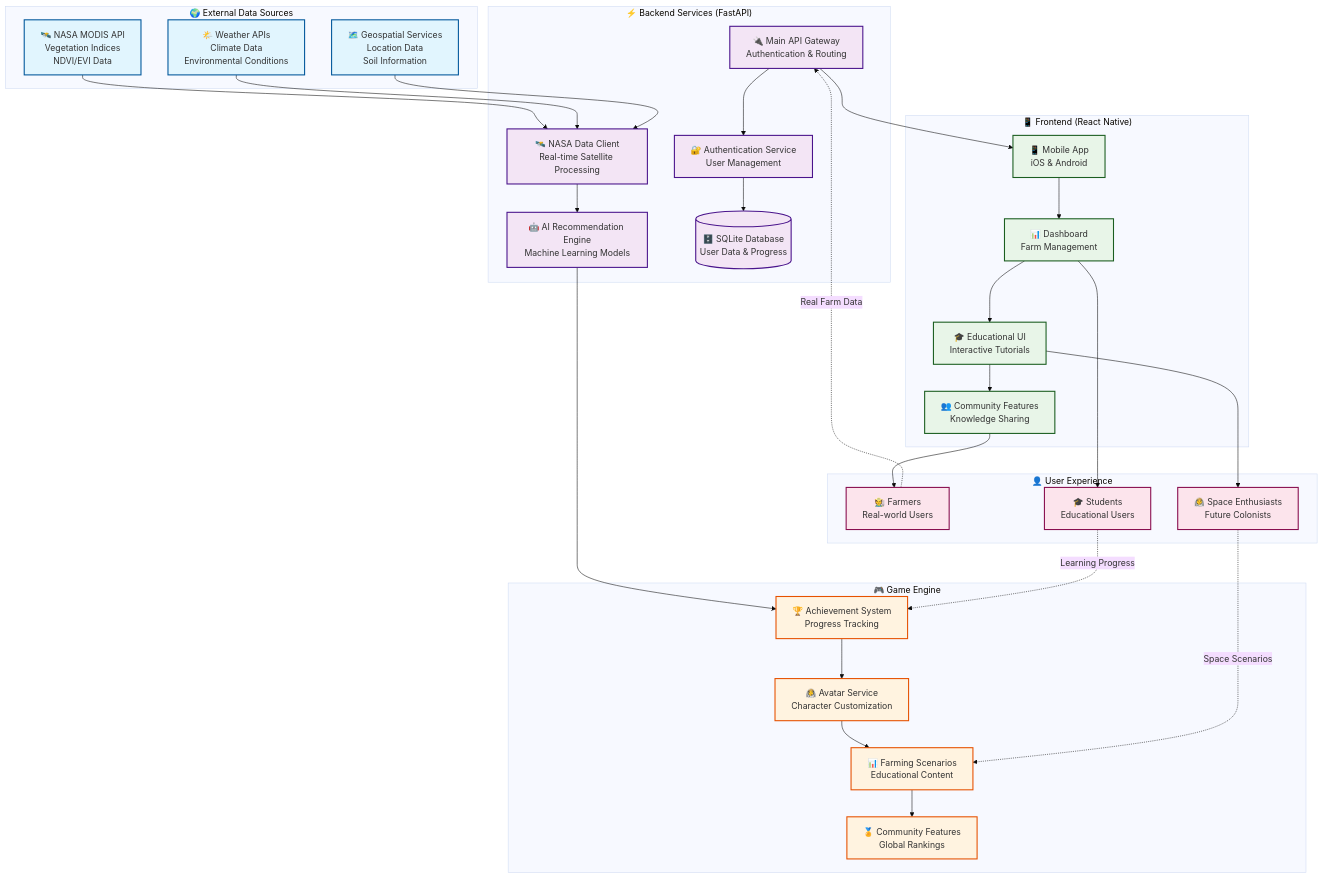
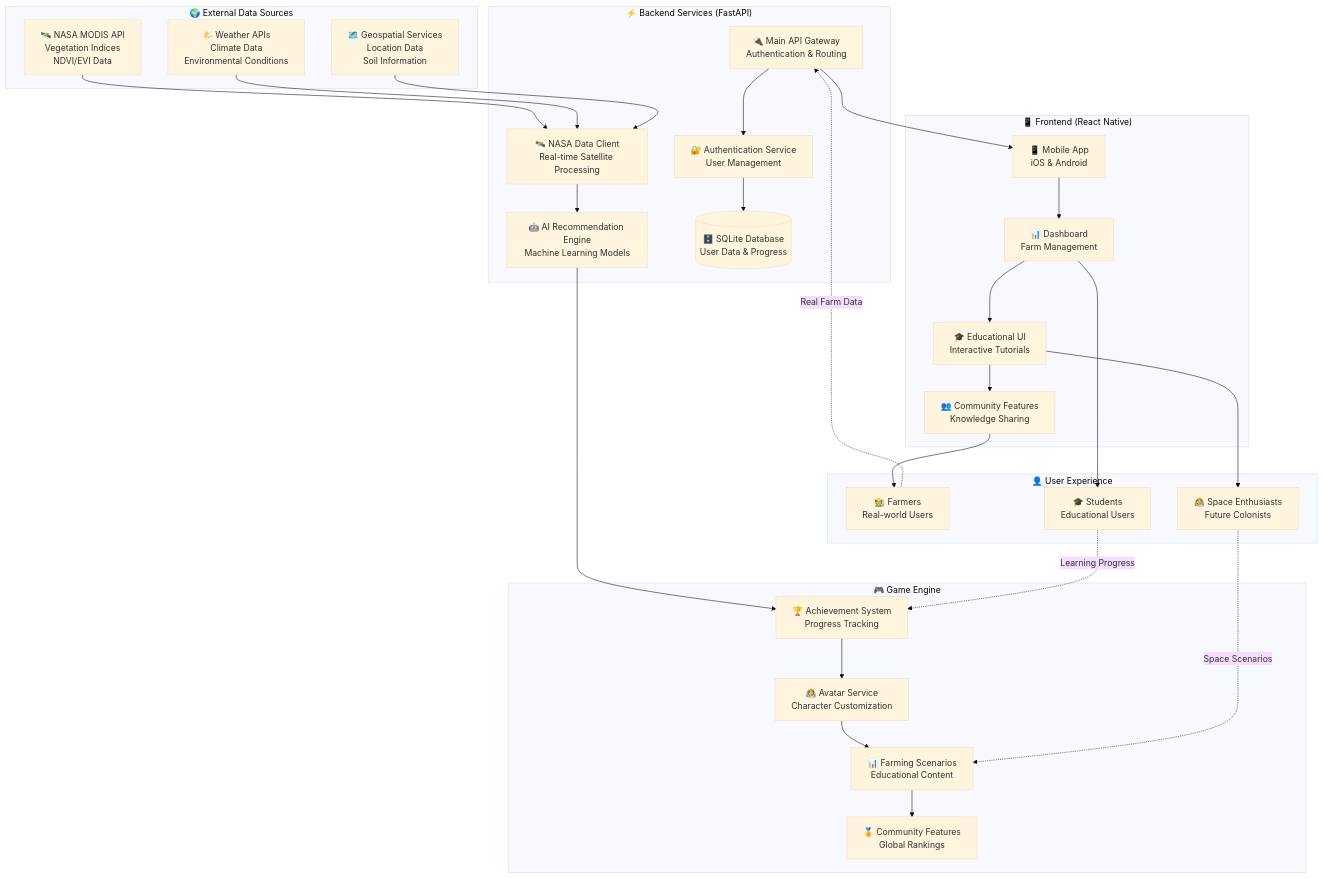
One commit to anshc022/NASA changed the first of 3 diagrams in README.md. Above: the diagram before and after it, drawn with Mermaid (base theme). The commit also changed other lines of this file, not shown here.

Commit message:
Simplify Mermaid diagrams - Remove color styling
 Removed complex color coding from flowcharts
 Cleaner, simpler diagram presentation
 Focus on functionality over visual styling
 Better compatibility across different platforms

````diff
--- a/README.md
+++ b/README.md
@@ -51,77 +51,66 @@
 ```mermaid
 graph TB
     subgraph "🌍 External Data Sources"
         NASA[🛰️ NASA MODIS API<br/>Vegetation Indices<br/>NDVI/EVI Data]
         Weather[🌤️ Weather APIs<br/>Climate Data<br/>Environmental Conditions]
         Geo[🗺️ Geospatial Services<br/>Location Data<br/>Soil Information]
     end
 
     subgraph "⚡ Backend Services (FastAPI)"
         API[🔌 Main API Gateway<br/>Authentication & Routing]
         NASA_Client[🛰️ NASA Data Client<br/>Real-time Satellite Processing]
         AI_Engine[🤖 AI Recommendation Engine<br/>Machine Learning Models]
         Auth[🔐 Authentication Service<br/>User Management]
         DB[(🗄️ SQLite Database<br/>User Data & Progress)]
     end
 
     subgraph "🎮 Game Engine"
         Achievement[🏆 Achievement System<br/>Progress Tracking]
         Avatar[👨‍🚀 Avatar Service<br/>Character Customization]
         Scenarios[📊 Farming Scenarios<br/>Educational Content]
         Leaderboard[🏅 Community Features<br/>Global Rankings]
     end
 
     subgraph "📱 Frontend (React Native)"
         Mobile[📱 Mobile App<br/>iOS & Android]
         Dashboard[📊 Dashboard<br/>Farm Management]
         Learning[🎓 Educational UI<br/>Interactive Tutorials]
         Social[👥 Community Features<br/>Knowledge Sharing]
     end
 
     subgraph "👤 User Experience"
         Farmer[🧑‍🌾 Farmers<br/>Real-world Users]
         Student[🎓 Students<br/>Educational Users]
         Astronaut[👨‍🚀 Space Enthusiasts<br/>Future Colonists]
     end
 
     %% Data Flow Connections
     NASA --> NASA_Client
     Weather --> NASA_Client
     Geo --> NASA_Client
 
     NASA_Client --> AI_Engine
     AI_Engine --> Achievement
     API --> Auth
     Auth --> DB
     
     Achievement --> Avatar
     Avatar --> Scenarios
     Scenarios --> Leaderboard
 
     API --> Mobile
     Mobile --> Dashboard
     Dashboard --> Learning
     Learning --> Social
 
     Social --> Farmer
     Dashboard --> Student
     Learning --> Astronaut
 
     %% Feedback Loop
     Farmer -.->|Real Farm Data| API
     Student -.->|Learning Progress| Achievement
     Astronaut -.->|Space Scenarios| Scenarios
 
-    %% Styling
-    classDef external fill:#e1f5fe,stroke:#01579b,stroke-width:2px
-    classDef backend fill:#f3e5f5,stroke:#4a148c,stroke-width:2px
-    classDef game fill:#fff3e0,stroke:#e65100,stroke-width:2px
-    classDef frontend fill:#e8f5e8,stroke:#1b5e20,stroke-width:2px
-    classDef user fill:#fce4ec,stroke:#880e4f,stroke-width:2px
 
-    class NASA,Weather,Geo external
-    class API,NASA_Client,AI_Engine,Auth,DB backend
-    class Achievement,Avatar,Scenarios,Leaderboard game
-    class Mobile,Dashboard,Learning,Social frontend
-    class Farmer,Student,Astronaut user
 ```
````
